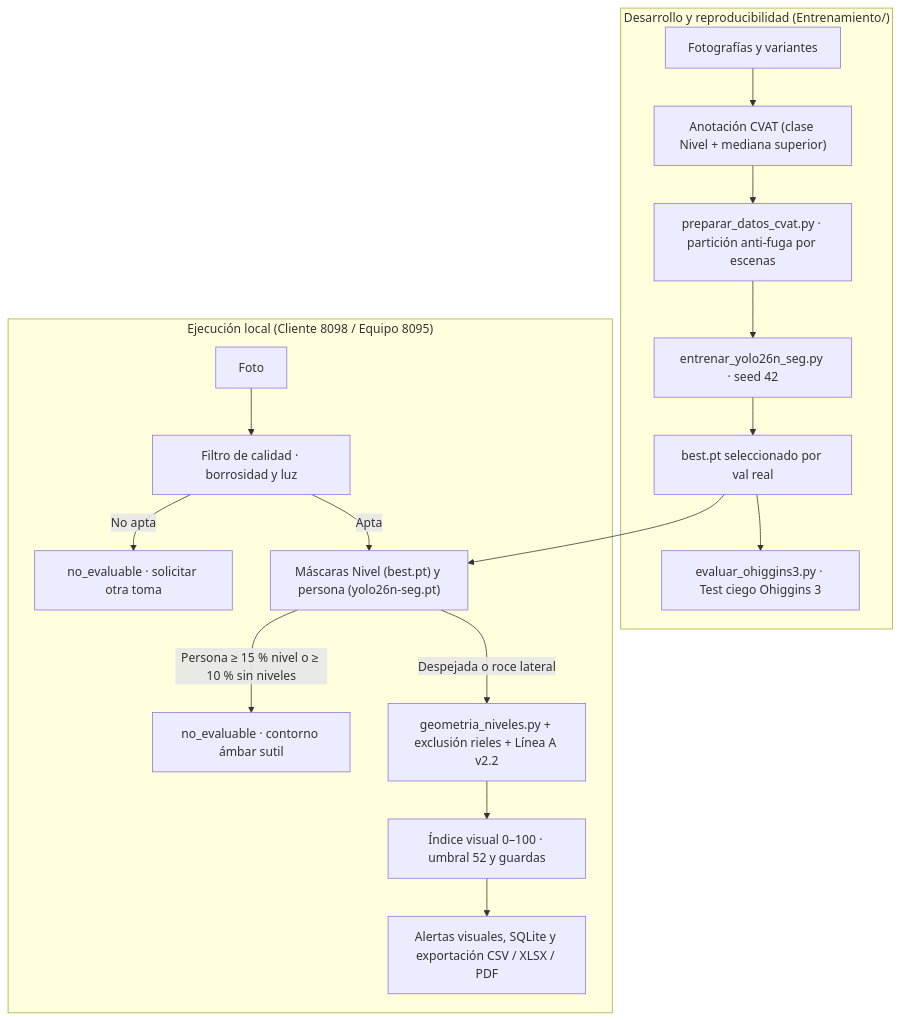
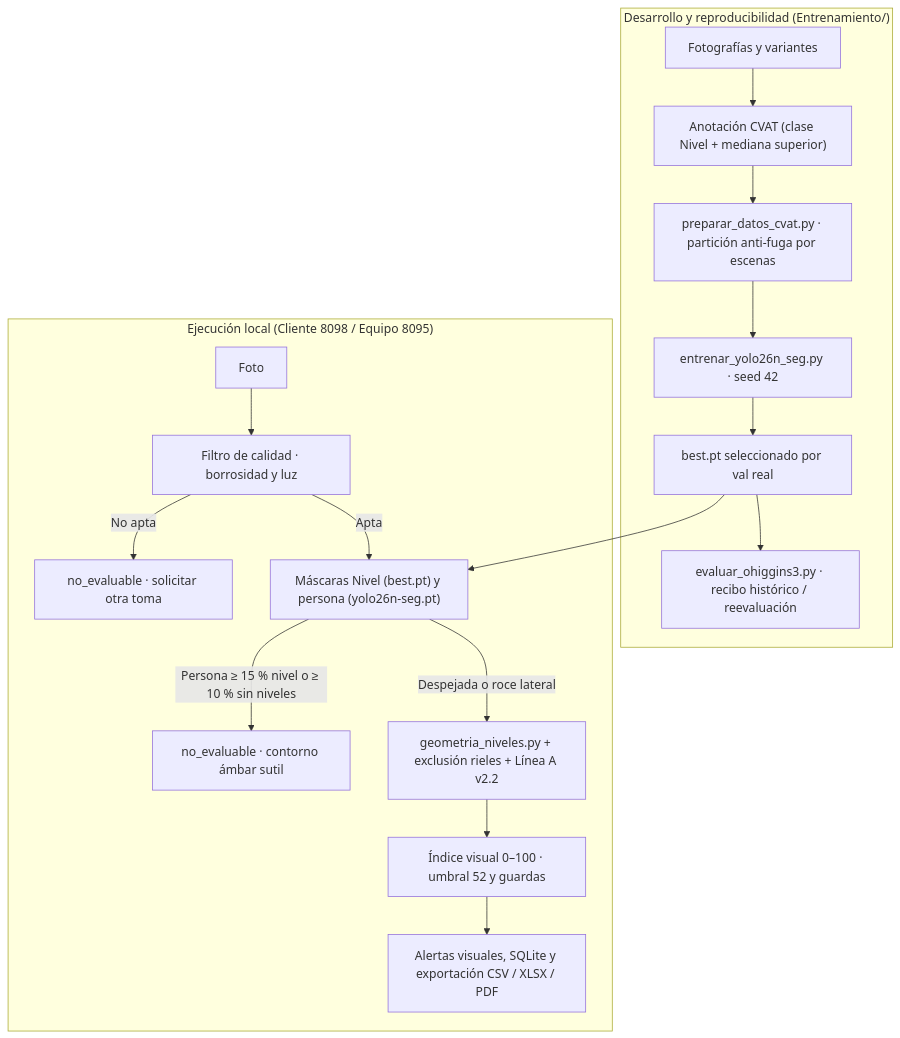
One commit to vcanio/Capstone2026 changed the first of 2 diagrams in README.md. Above: the diagram before and after it, drawn with Mermaid. The commit also changed other lines of this file and 6 other files, not shown here.

````diff
--- a/README.md
+++ b/README.md
@@ -135,20 +209,20 @@
 ```mermaid
 flowchart TB
     subgraph Desarrollo["Desarrollo y reproducibilidad (Entrenamiento/)"]
         A["Fotografías y variantes"] --> B["Anotación CVAT (clase Nivel + mediana superior)"]
         B --> C["preparar_datos_cvat.py · partición anti-fuga por escenas"]
         C --> D["entrenar_yolo26n_seg.py · seed 42"]
         D --> E["best.pt seleccionado por val real"]
-        E --> T["evaluar_ohiggins3.py · Test ciego Ohiggins 3"]
+        E --> T["evaluar_ohiggins3.py · recibo histórico / reevaluación"]
     end
     subgraph Aplicación["Ejecución local (Cliente 8098 / Equipo 8095)"]
         F["Foto"] --> Q["Filtro de calidad · borrosidad y luz"]
         Q -->|"No apta"| NE["no_evaluable · solicitar otra toma"]
         Q -->|"Apta"| G["Máscaras Nivel (best.pt) y persona (yolo26n-seg.pt)"]
         E --> G
         G -->|"Persona ≥ 15 % nivel o ≥ 10 % sin niveles"| NEP["no_evaluable · contorno ámbar sutil"]
         G -->|"Despejada o roce lateral"| H["geometria_niveles.py + exclusión rieles + Línea A v2.2"]
         H --> I["Índice visual 0–100 · umbral 52 y guardas"]
         I --> J["Alertas visuales, SQLite y exportación CSV / XLSX / PDF"]
     end
 ```
````
